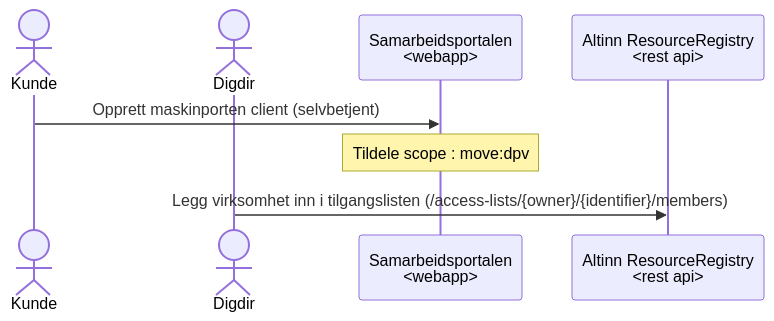
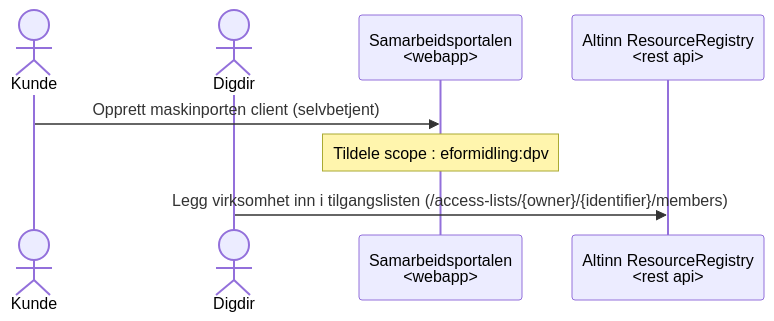
The first of 2 diagrams in altinn-v3-client/altinn_dpv.md (felleslosninger/efm-integrasjonspunkt), drawn with Mermaid before and after one commit. The commit also changed 2 other files, not shown here.

Commit message:
Fikset scope i dok på DPV

````diff
--- a/altinn-v3-client/altinn_dpv.md
+++ b/altinn-v3-client/altinn_dpv.md
@@ -12,11 +12,11 @@
 ```mermaid
 sequenceDiagram
     actor K as Kunde
     actor D as Digdir
     participant S as Samarbeidsportalen<br><webapp>
     participant AR as Altinn ResourceRegistry<br><rest api>
     
     K->>S: Opprett maskinporten client (selvbetjent)
-    note over S : Tildele scope : move:dpv 
+    note over S : Tildele scope : eformidling:dpv 
     D->>AR: Legg virksomhet inn i tilgangslisten (/access-lists/{owner}/{identifier}/members) 
 ```
````
